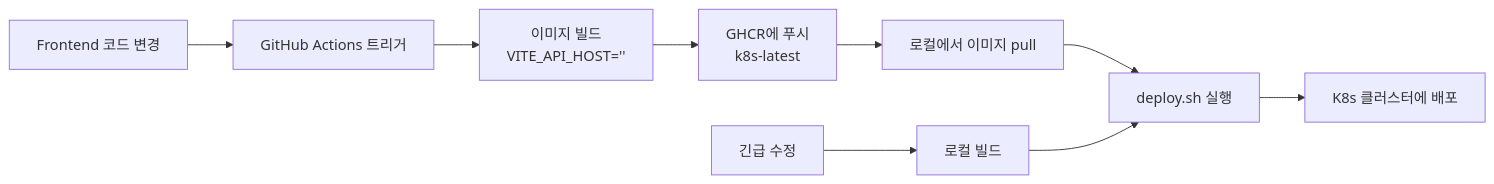
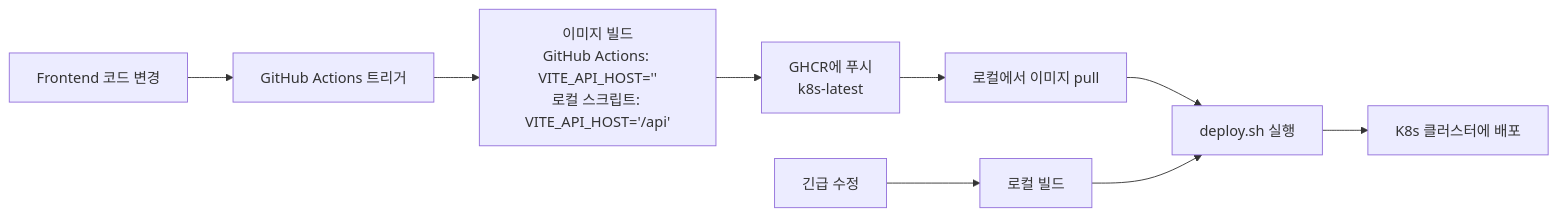
Before and after one commit to jc01rho/skald: the diagram in k8s/UI-REBUILD-GUIDE.md, drawn with Mermaid. The commit also changed other lines of this file and 2 other files, not shown here.

Commit message:
docs(k8s): correct UI architecture references

````diff
--- a/k8s/UI-REBUILD-GUIDE.md
+++ b/k8s/UI-REBUILD-GUIDE.md
@@ -157,12 +161,12 @@
 ```mermaid
 graph LR
     A[Frontend 코드 변경] --> B[GitHub Actions 트리거]
-    B --> C[이미지 빌드<br/>VITE_API_HOST='']
+    B --> C[이미지 빌드<br/>GitHub Actions: VITE_API_HOST=''<br/>로컬 스크립트: VITE_API_HOST='/api']
     C --> D[GHCR에 푸시<br/>k8s-latest]
     D --> E[로컬에서 이미지 pull]
     E --> F[deploy.sh 실행]
     F --> G[K8s 클러스터에 배포]
-    
+
     A2[긴급 수정] --> B2[로컬 빌드]
     B2 --> F
 ```
````
